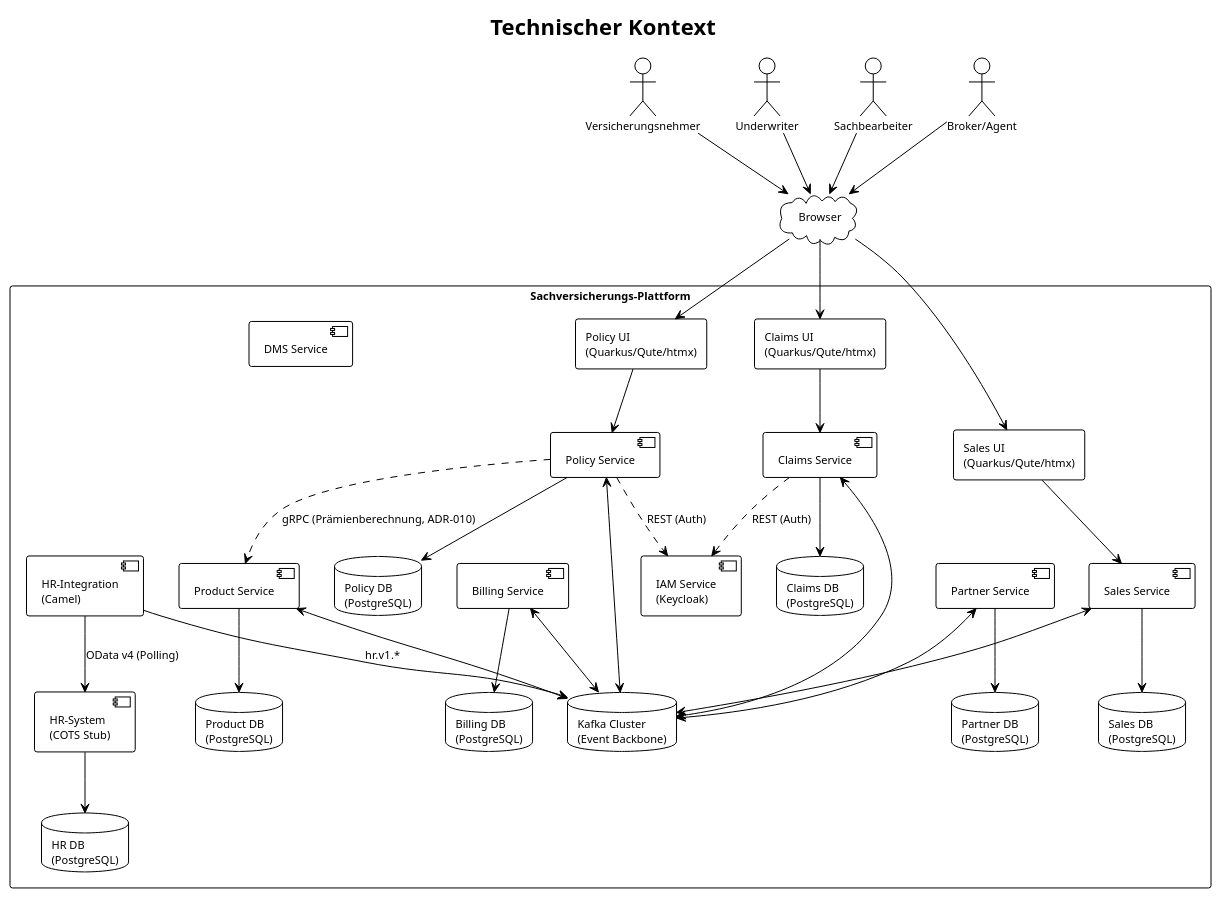
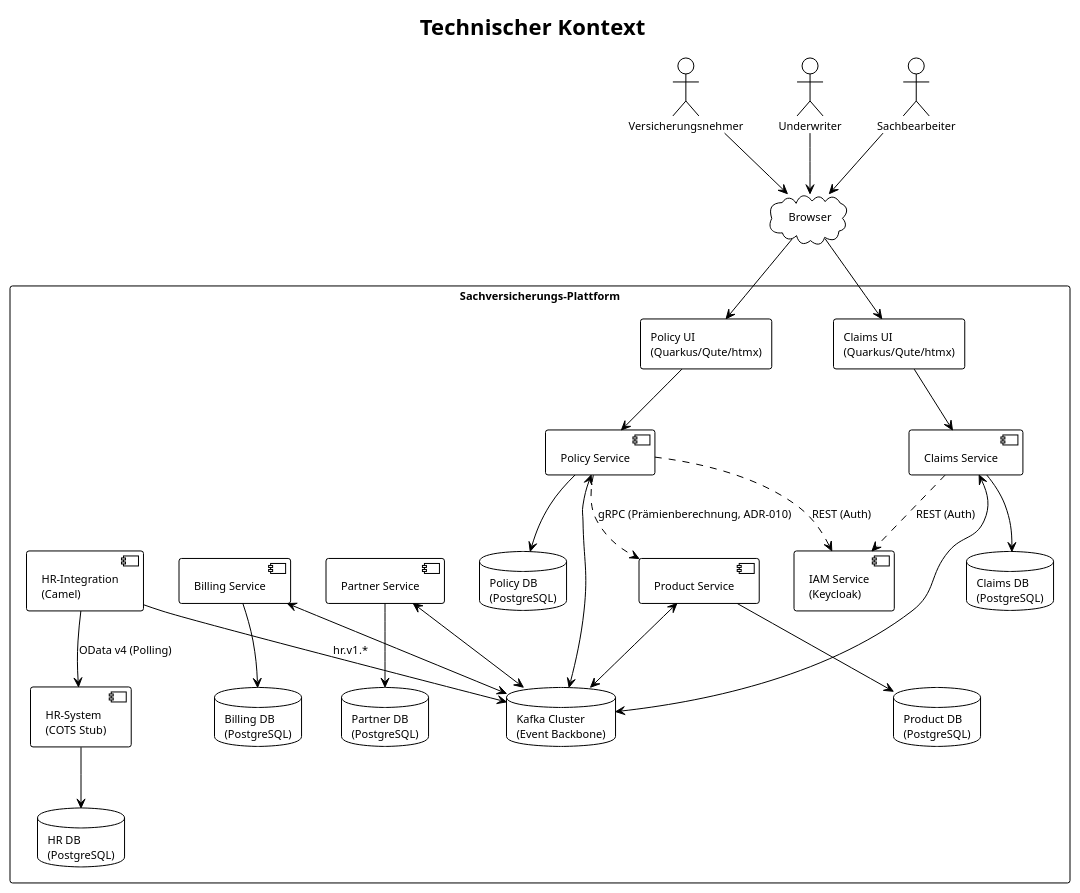
The second of 16 diagrams in specs/arc42.md (LukasW/datamesh), drawn with PlantUML before and after one commit. The commit also changed other lines of this file and 70 other files, not shown here.

````diff
--- a/specs/arc42.md
+++ b/specs/arc42.md
@@ -153,76 +140,66 @@
 ```plantuml
 @startuml tech-context
 !theme plain
 skinparam defaultFontSize 11
 
 title Technischer Kontext
 
 actor "Versicherungsnehmer" as VN
 actor "Underwriter" as UW
 actor "Sachbearbeiter" as SB
-actor "Broker/Agent" as BR
 
 cloud "Browser" as BROWSER
 
 rectangle "Sachversicherungs-Plattform" {
   rectangle "Policy UI\n(Quarkus/Qute/htmx)" as POLUI
   rectangle "Claims UI\n(Quarkus/Qute/htmx)" as CLMUI
-  rectangle "Sales UI\n(Quarkus/Qute/htmx)" as SALUI
 
   component "Policy Service" as POLSVC
   component "Claims Service" as CLMSVC
   component "Product Service" as PRODSVC
   component "Partner Service" as PARTSVC
   component "Billing Service" as BILSVC
-  component "Sales Service" as SALSVC
-  component "DMS Service" as DMSSVC
   component "IAM Service\n(Keycloak)" as IAMSVC
   component "HR-System\n(COTS Stub)" as HRSVC
   component "HR-Integration\n(Camel)" as HRINTSVC
 
   database "Kafka Cluster\n(Event Backbone)" as KAFKA
   database "Policy DB\n(PostgreSQL)" as POLDB
   database "Claims DB\n(PostgreSQL)" as CLMDB
   database "Billing DB\n(PostgreSQL)" as BILDB
   database "Product DB\n(PostgreSQL)" as PRODDB
   database "Partner DB\n(PostgreSQL)" as PARTDB
-  database "Sales DB\n(PostgreSQL)" as SALESDB
   database "HR DB\n(PostgreSQL)" as HRDB
 }
 
 VN --> BROWSER
 UW --> BROWSER
 SB --> BROWSER
-BR --> BROWSER
 
 BROWSER --> POLUI
 BROWSER --> CLMUI
-BROWSER --> SALUI
 
 POLUI --> POLSVC
 CLMUI --> CLMSVC
-SALUI --> SALSVC
 
 POLSVC --> POLDB
 CLMSVC --> CLMDB
 BILSVC --> BILDB
 PRODSVC --> PRODDB
 PARTSVC --> PARTDB
-SALSVC --> SALESDB
 HRSVC --> HRDB
 
 POLSVC <--> KAFKA
 CLMSVC <--> KAFKA
 BILSVC <--> KAFKA
 PRODSVC <--> KAFKA
 PARTSVC <--> KAFKA
-SALSVC <--> KAFKA
 
 POLSVC ..> IAMSVC : REST (Auth)
 CLMSVC ..> IAMSVC : REST (Auth)
 POLSVC ..> PRODSVC : gRPC (Prämienberechnung, ADR-010)
 HRINTSVC --> HRSVC : OData v4 (Polling)
 HRINTSVC --> KAFKA : hr.v1.*
 
 @enduml
 ```
````
